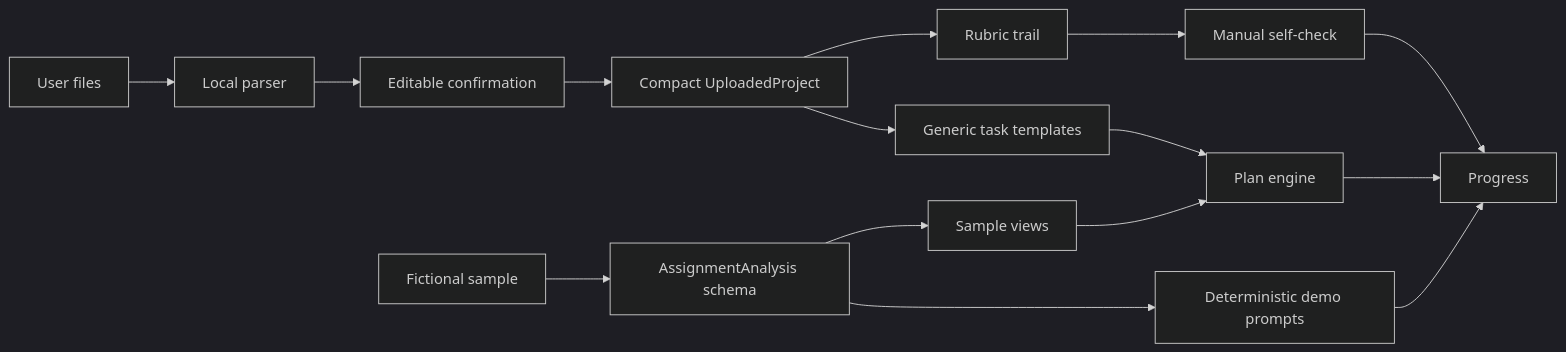
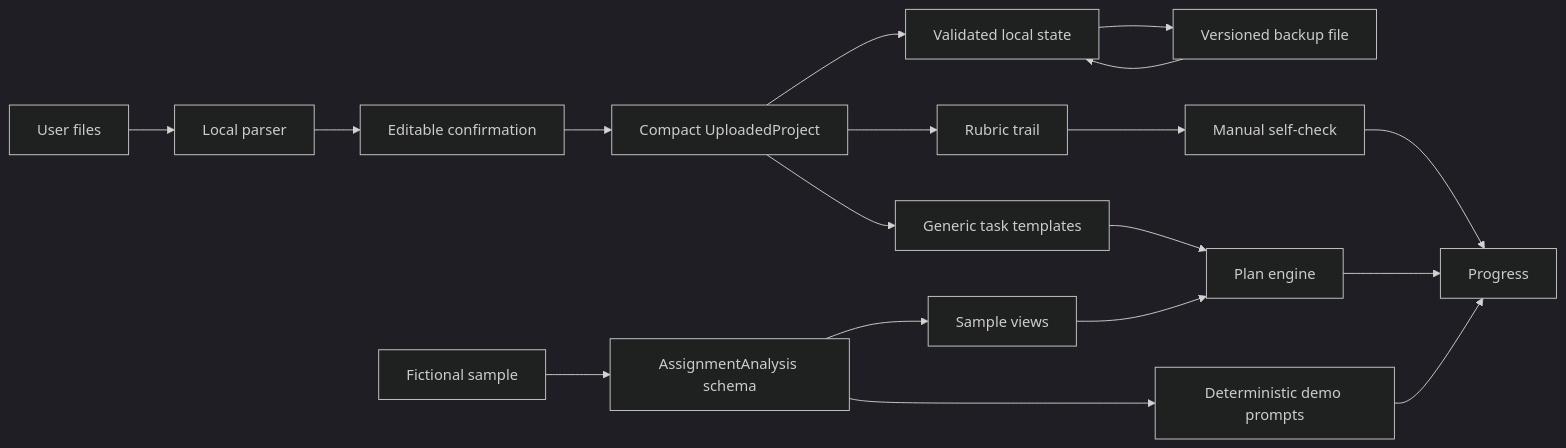
One commit to Sion612/rubrictrail changed the diagram in docs/ARCHITECTURE.md. Above: the diagram before and after it, drawn with Mermaid (dark theme). The commit also changed other lines of this file and 21 other files, not shown here.

````diff
--- a/docs/ARCHITECTURE.md
+++ b/docs/ARCHITECTURE.md
@@ -6,18 +6,21 @@
 ```mermaid
 flowchart LR
   U["User files"] --> P["Local parser"]
   P --> C["Editable confirmation"]
   C --> LP["Compact UploadedProject"]
+  LP --> LS["Validated local state"]
+  LS --> BF["Versioned backup file"]
+  BF --> LS
   LP --> RT["Rubric trail"]
   LP --> TP["Generic task templates"]
   TP --> PE["Plan engine"]
   RT --> SC["Manual self-check"]
   PE --> PR["Progress"]
   SC --> PR
 
   S["Fictional sample"] --> AS["AssignmentAnalysis schema"]
   AS --> SV["Sample views"]
   AS --> MD["Deterministic demo prompts"]
   SV --> PE
   MD --> PR
 ```
````
